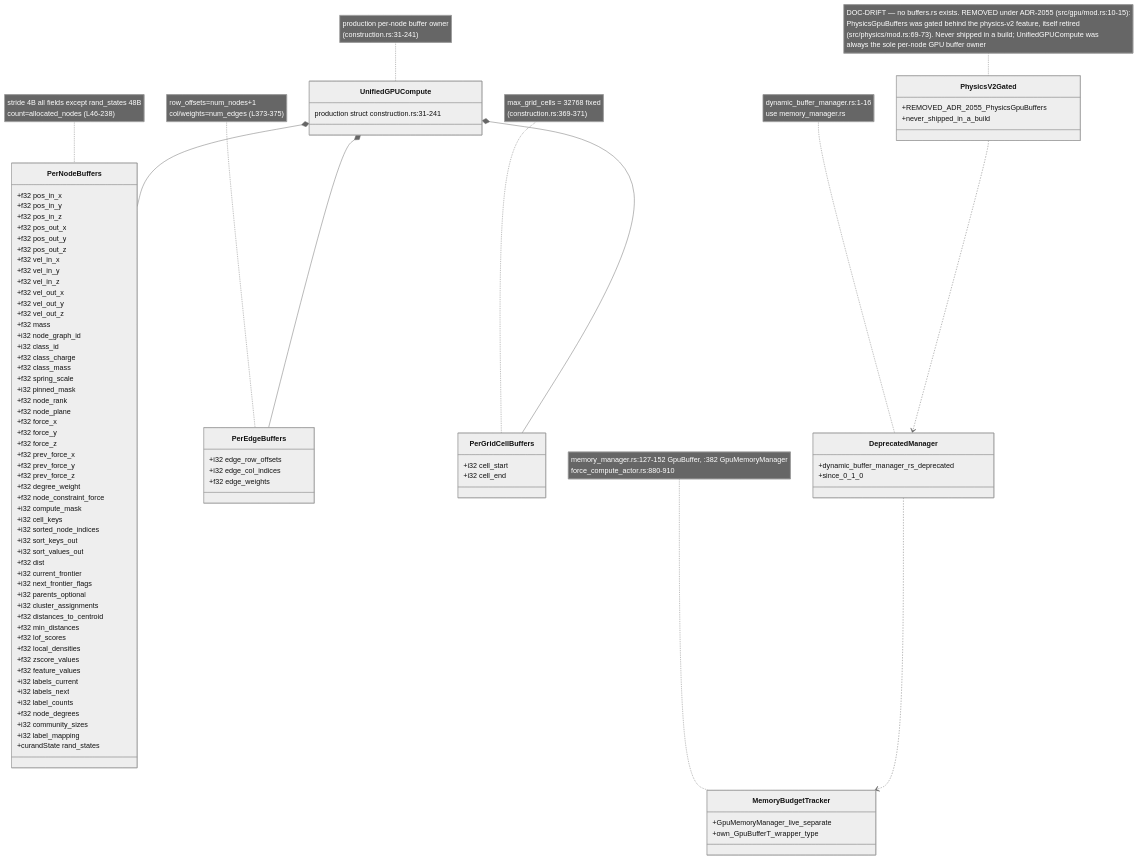
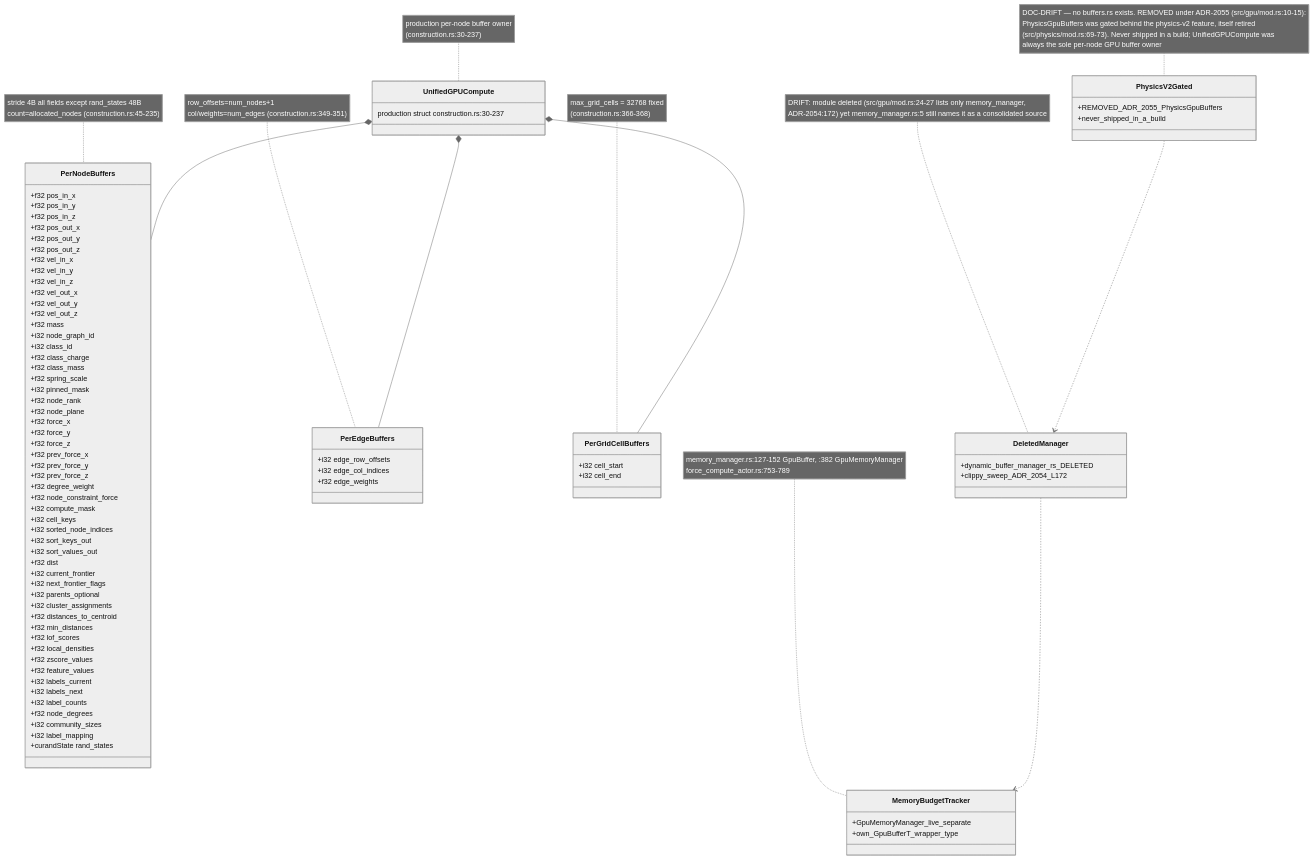
One commit to DreamLab-AI/VisionFlow changed the third of 7 diagrams in docs/diagrams/visionclaw/12-simparams-abi-and-ptx.md. Above: the diagram before and after it, drawn with Mermaid (neutral theme). The commit also changed other lines of this file and 80 other files, not shown here.

First line of the commit message:
docs(diagrams): re-verify the agentbox, dreamlab, estate and visionflow corpus against current sources

````diff
--- a/docs/diagrams/visionclaw/12-simparams-abi-and-ptx.md
+++ b/docs/diagrams/visionclaw/12-simparams-abi-and-ptx.md
@@ -211,15 +211,15 @@
         +i32 cell_end
     }
     class UnifiedGPUCompute {
-        production struct construction.rs:31-241
+        production struct construction.rs:30-237
     }
     class PhysicsV2Gated {
         +REMOVED_ADR_2055_PhysicsGpuBuffers
         +never_shipped_in_a_build
     }
-    class DeprecatedManager {
-        +dynamic_buffer_manager_rs_deprecated
-        +since_0_1_0
+    class DeletedManager {
+        +dynamic_buffer_manager_rs_DELETED
+        +clippy_sweep_ADR_2054_L172
     }
     class MemoryBudgetTracker {
         +GpuMemoryManager_live_separate
@@ -228,14 +228,14 @@
     UnifiedGPUCompute *-- PerNodeBuffers
     UnifiedGPUCompute *-- PerEdgeBuffers
     UnifiedGPUCompute *-- PerGridCellBuffers
-    PhysicsV2Gated ..> DeprecatedManager
-    DeprecatedManager ..> MemoryBudgetTracker
+    PhysicsV2Gated ..> DeletedManager
+    DeletedManager ..> MemoryBudgetTracker
 
-    note for PerNodeBuffers "stride 4B all fields except rand_states 48B<br/>count=allocated_nodes (L46-238)"
-    note for PerEdgeBuffers "row_offsets=num_nodes+1<br/>col/weights=num_edges (L373-375)"
-    note for PerGridCellBuffers "max_grid_cells = 32768 fixed<br/>(construction.rs:369-371)"
-    note for UnifiedGPUCompute "production per-node buffer owner<br/>(construction.rs:31-241)"
+    note for PerNodeBuffers "stride 4B all fields except rand_states 48B<br/>count=allocated_nodes (construction.rs:45-235)"
+    note for PerEdgeBuffers "row_offsets=num_nodes+1<br/>col/weights=num_edges (construction.rs:349-351)"
+    note for PerGridCellBuffers "max_grid_cells = 32768 fixed<br/>(construction.rs:366-368)"
+    note for UnifiedGPUCompute "production per-node buffer owner<br/>(construction.rs:30-237)"
     note for PhysicsV2Gated "DOC-DRIFT — no buffers.rs exists. REMOVED under ADR-2055 (src/gpu/mod.rs:10-15):<br/>PhysicsGpuBuffers was gated behind the physics-v2 feature, itself retired<br/>(src/physics/mod.rs:69-73). Never shipped in a build; UnifiedGPUCompute was<br/>always the sole per-node GPU buffer owner"
-    note for DeprecatedManager "dynamic_buffer_manager.rs:1-16<br/>use memory_manager.rs"
-    note for MemoryBudgetTracker "memory_manager.rs:127-152 GpuBuffer, :382 GpuMemoryManager<br/>force_compute_actor.rs:880-910"
+    note for DeletedManager "DRIFT: module deleted (src/gpu/mod.rs:24-27 lists only memory_manager,<br/>ADR-2054:172) yet memory_manager.rs:5 still names it as a consolidated source"
+    note for MemoryBudgetTracker "memory_manager.rs:127-152 GpuBuffer, :382 GpuMemoryManager<br/>force_compute_actor.rs:753-789"
 ```
````
